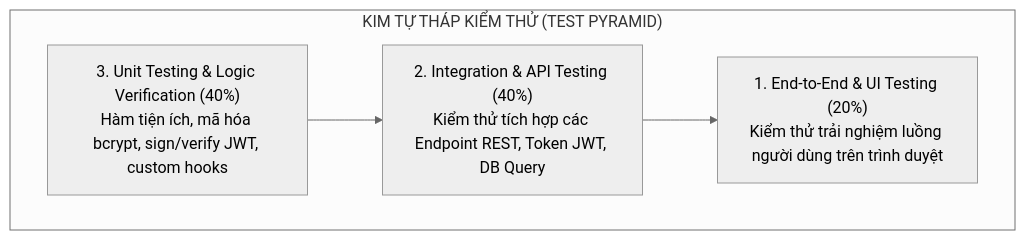
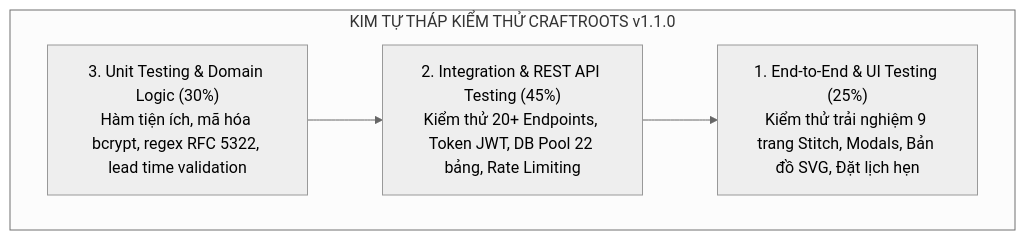
Before and after one commit to O-chit/eproject1: the first of 2 diagrams in docs/test-plan.md, drawn with Mermaid (neutral theme). The commit also changed other lines of this file and 47 other files, not shown here.

````diff
--- a/docs/test-plan.md
+++ b/docs/test-plan.md
@@ -67,9 +69,9 @@
 ```mermaid
 flowchart TD
-    subgraph Pyramid["KIM TỰ THÁP KIỂM THỬ (TEST PYRAMID)"]
-        E2E["1. End-to-End & UI Testing (20%)<br/>Kiểm thử trải nghiệm luồng người dùng trên trình duyệt"]
-        API["2. Integration & API Testing (40%)<br/>Kiểm thử tích hợp các Endpoint REST, Token JWT, DB Query"]
-        UNIT["3. Unit Testing & Logic Verification (40%)<br/>Hàm tiện ích, mã hóa bcrypt, sign/verify JWT, custom hooks"]
+    subgraph Pyramid["KIM TỰ THÁP KIỂM THỬ CRAFTROOTS v1.1.0"]
+        E2E["1. End-to-End & UI Testing (25%)<br/>Kiểm thử trải nghiệm 9 trang Stitch, Modals, Bản đồ SVG, Đặt lịch hẹn"]
+        API["2. Integration & REST API Testing (45%)<br/>Kiểm thử 20+ Endpoints, Token JWT, DB Pool 22 bảng, Rate Limiting"]
+        UNIT["3. Unit Testing & Domain Logic (30%)<br/>Hàm tiện ích, mã hóa bcrypt, regex RFC 5322, lead time validation"]
     end
     UNIT --> API --> E2E
 ```
````
